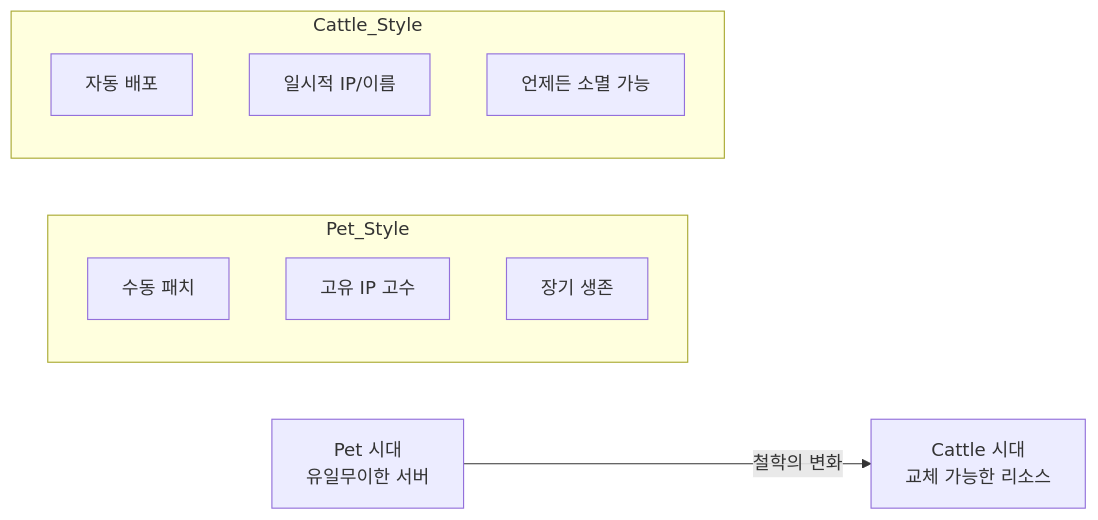
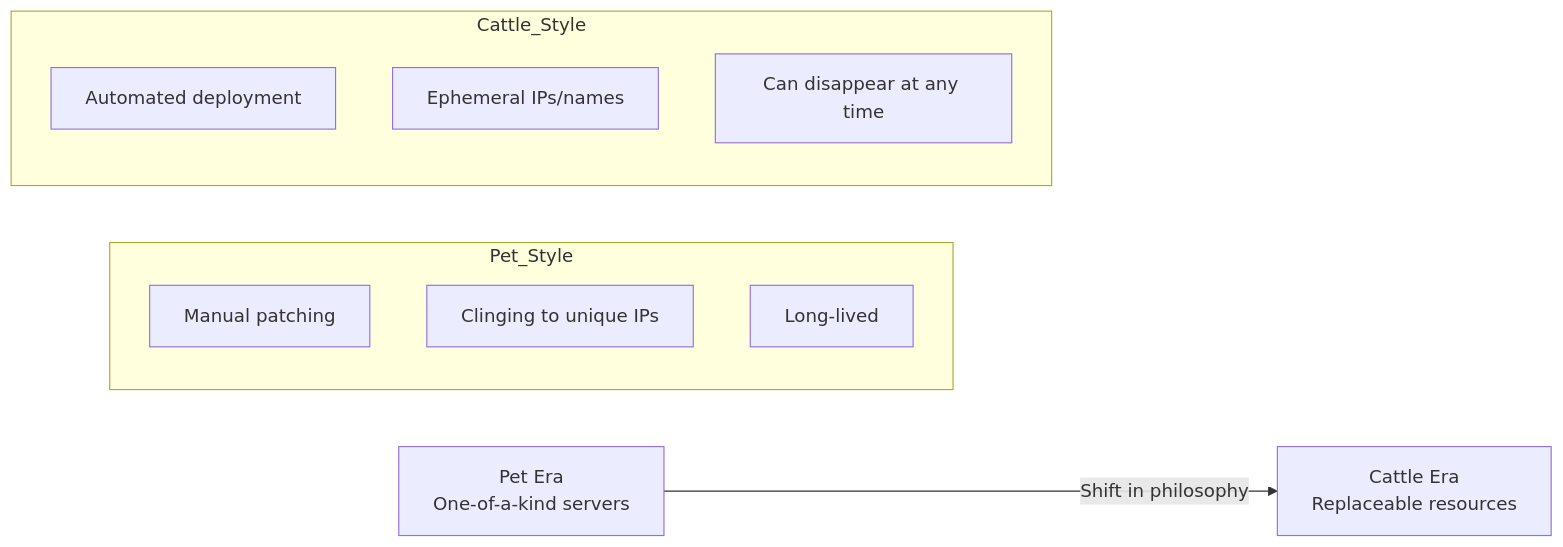
One commit to jeonck/k8s-adv changed the diagram in content/basics/08-pet-vs-cattle.md. Above: the diagram before and after it, drawn with Mermaid. The commit also changed other lines of this file and 223 other files, not shown here.

````diff
--- a/content/basics/08-pet-vs-cattle.md
+++ b/content/basics/08-pet-vs-cattle.md
@@ -27,16 +27,16 @@
 ```mermaid
 graph LR
-    Pet[Pet 시대<br/>유일무이한 서버] -- "철학의 변화" --> Cattle[Cattle 시대<br/>교체 가능한 리소스]
+    Pet[Pet Era<br/>One-of-a-kind servers] -- "Shift in philosophy" --> Cattle[Cattle Era<br/>Replaceable resources]
 
     subgraph Pet_Style
-    P1[수동 패치]
-    P2[고유 IP 고수]
-    P3[장기 생존]
+    P1[Manual patching]
+    P2[Clinging to unique IPs]
+    P3[Long-lived]
     end
 
     subgraph Cattle_Style
-    C1[자동 배포]
-    C2[일시적 IP/이름]
-    C3[언제든 소멸 가능]
+    C1[Automated deployment]
+    C2[Ephemeral IPs/names]
+    C3[Can disappear at any time]
     end
 ```
````
